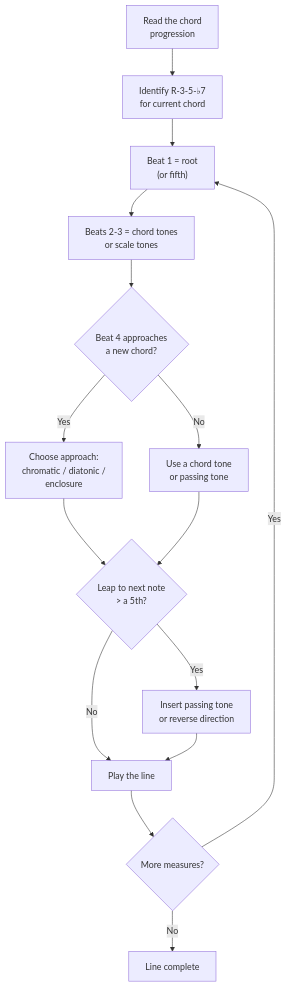
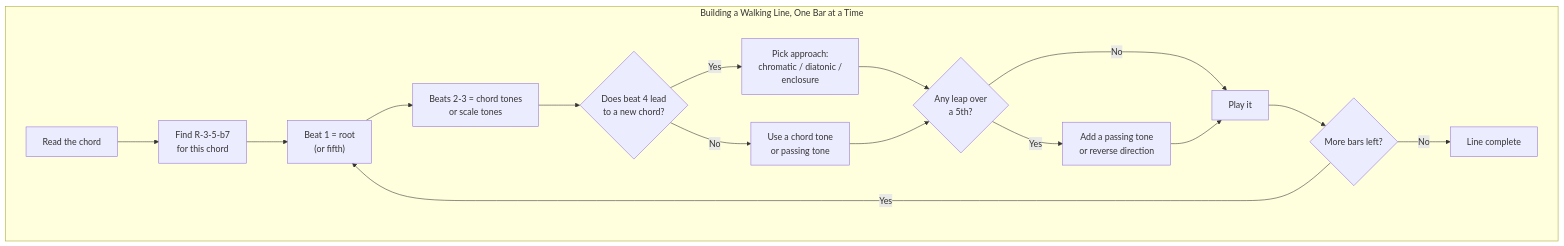
The first of 3 diagrams in topics/arts/music_performance/bass_guitar/lesson_03_walking_lines_and_harmonic_theory.md (blebleblee/synapse), drawn with Mermaid before and after one commit. The commit also changed other lines of this file and 1464 other files, not shown here.

Commit message:
feat(release): curriculum vector mermaid upgrade, render hardening, and master synpack

````diff
--- a/topics/arts/music_performance/bass_guitar/lesson_03_walking_lines_and_harmonic_theory.md
+++ b/topics/arts/music_performance/bass_guitar/lesson_03_walking_lines_and_harmonic_theory.md
@@ -75,17 +75,19 @@
 ```mermaid
 flowchart TD
-    A["Read the chord\nprogression"] --> B["Identify R-3-5-♭7\nfor current chord"]
-    B --> C["Beat 1 = root\n(or fifth)"]
-    C --> D["Beats 2-3 = chord tones\nor scale tones"]
-    D --> E{"Beat 4 approaches\na new chord?"}
-    E -->|"Yes"| F["Choose approach:\nchromatic / diatonic /\nenclosure"]
-    E -->|"No"| G["Use a chord tone\nor passing tone"]
-    F --> H{"Leap to next note\n> a 5th?"}
-    G --> H
-    H -->|"Yes"| I["Insert passing tone\nor reverse direction"]
-    H -->|"No"| J["Play the line"]
-    I --> J
-    J --> K{"More measures?"}
-    K -->|"Yes"| C
-    K -->|"No"| L["Line complete"]
+    subgraph sub_build ["Building a Walking Line, One Bar at a Time"]
+        A["Read the chord"] --> B["Find R-3-5-b7\nfor this chord"]
+        B --> C["Beat 1 = root\n(or fifth)"]
+        C --> D["Beats 2-3 = chord tones\nor scale tones"]
+        D --> E{"Does beat 4 lead\nto a new chord?"}
+        E -->|"Yes"| F["Pick approach:\nchromatic / diatonic /\nenclosure"]
+        E -->|"No"| G["Use a chord tone\nor passing tone"]
+        F --> H{"Any leap over\na 5th?"}
+        G --> H
+        H -->|"Yes"| I["Add a passing tone\nor reverse direction"]
+        H -->|"No"| J["Play it"]
+        I --> J
+        J --> K{"More bars left?"}
+        K -->|"Yes"| C
+        K -->|"No"| L["Line complete"]
+    end
 ```
````
